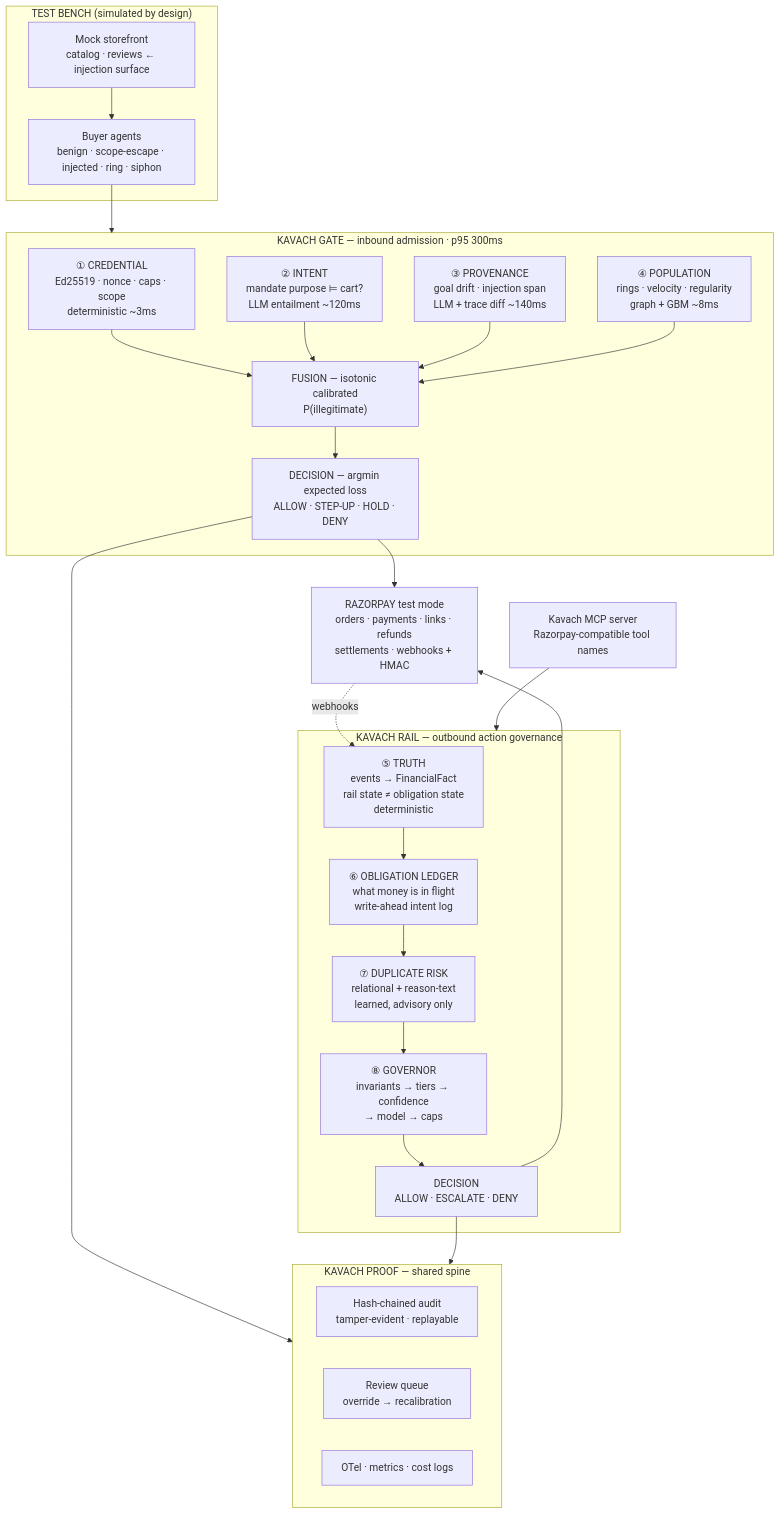
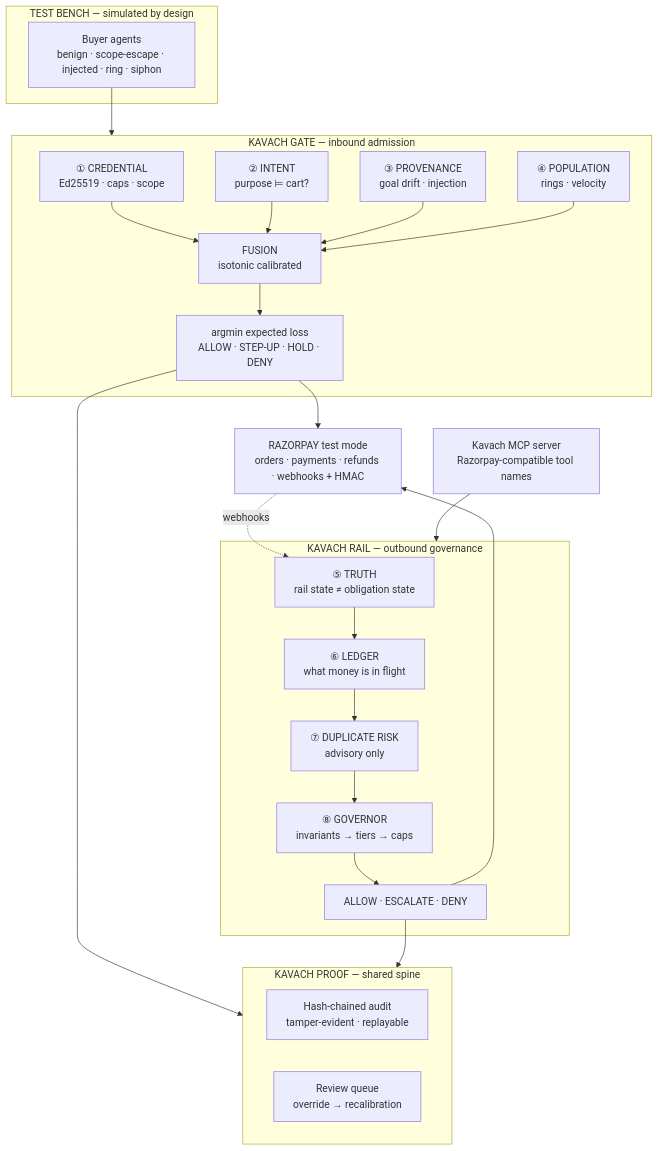
One commit to DEEPESH-845/Kavach changed the diagram in README.md. Above: the diagram before and after it, drawn with Mermaid. The commit also changed other lines of this file and 4 other files, not shown here.

````diff
--- a/README.md
+++ b/README.md
@@ -85,42 +285,39 @@
 ```mermaid
 flowchart TB
-    subgraph bench["TEST BENCH (simulated by design)"]
-        SF["Mock storefront<br/>catalog · reviews ← injection surface"]
+    subgraph bench["TEST BENCH — simulated by design"]
         BA["Buyer agents<br/>benign · scope-escape · injected · ring · siphon"]
     end
 
-    subgraph gate["KAVACH GATE — inbound admission · p95 300ms"]
-        P1["① CREDENTIAL<br/>Ed25519 · nonce · caps · scope<br/>deterministic ~3ms"]
-        P2["② INTENT<br/>mandate purpose ⊨ cart?<br/>LLM entailment ~120ms"]
-        P3["③ PROVENANCE<br/>goal drift · injection span<br/>LLM + trace diff ~140ms"]
-        P4["④ POPULATION<br/>rings · velocity · regularity<br/>graph + GBM ~8ms"]
-        FUSE["FUSION — isotonic calibrated<br/>P(illegitimate)"]
-        DEC1["DECISION — argmin expected loss<br/>ALLOW · STEP-UP · HOLD · DENY"]
+    subgraph gate["KAVACH GATE — inbound admission"]
+        P1["① CREDENTIAL<br/>Ed25519 · caps · scope"]
+        P2["② INTENT<br/>purpose ⊨ cart?"]
+        P3["③ PROVENANCE<br/>goal drift · injection"]
+        P4["④ POPULATION<br/>rings · velocity"]
+        FUSE["FUSION<br/>isotonic calibrated"]
+        DEC1["argmin expected loss<br/>ALLOW · STEP-UP · HOLD · DENY"]
     end
 
-    subgraph rail["KAVACH RAIL — outbound action governance"]
-        T["⑤ TRUTH<br/>events → FinancialFact<br/>rail state ≠ obligation state<br/>deterministic"]
-        L["⑥ OBLIGATION LEDGER<br/>what money is in flight<br/>write-ahead intent log"]
-        D["⑦ DUPLICATE RISK<br/>relational + reason-text<br/>learned, advisory only"]
-        G["⑧ GOVERNOR<br/>invariants → tiers → confidence<br/>→ model → caps"]
-        DEC2["DECISION<br/>ALLOW · ESCALATE · DENY"]
+    subgraph rail["KAVACH RAIL — outbound governance"]
+        T["⑤ TRUTH<br/>rail state ≠ obligation state"]
+        L["⑥ LEDGER<br/>what money is in flight"]
+        D["⑦ DUPLICATE RISK<br/>advisory only"]
+        G["⑧ GOVERNOR<br/>invariants → tiers → caps"]
+        DEC2["ALLOW · ESCALATE · DENY"]
     end
 
     subgraph proof["KAVACH PROOF — shared spine"]
         AC["Hash-chained audit<br/>tamper-evident · replayable"]
         RQ["Review queue<br/>override → recalibration"]
-        OB["OTel · metrics · cost logs"]
     end
 
-    RZP["RAZORPAY test mode<br/>orders · payments · links · refunds<br/>settlements · webhooks + HMAC"]
+    RZP["RAZORPAY test mode<br/>orders · payments · refunds · webhooks + HMAC"]
     MCP["Kavach MCP server<br/>Razorpay-compatible tool names"]
 
-    SF --> BA --> gate
+    BA --> gate
     P1 & P2 & P3 & P4 --> FUSE --> DEC1
     MCP --> rail
     T --> L --> D --> G --> DEC2
-    DEC1 --> RZP
-    DEC2 --> RZP
+    DEC1 & DEC2 --> RZP
     RZP -.webhooks.-> T
     DEC1 & DEC2 --> proof
 ```
````
